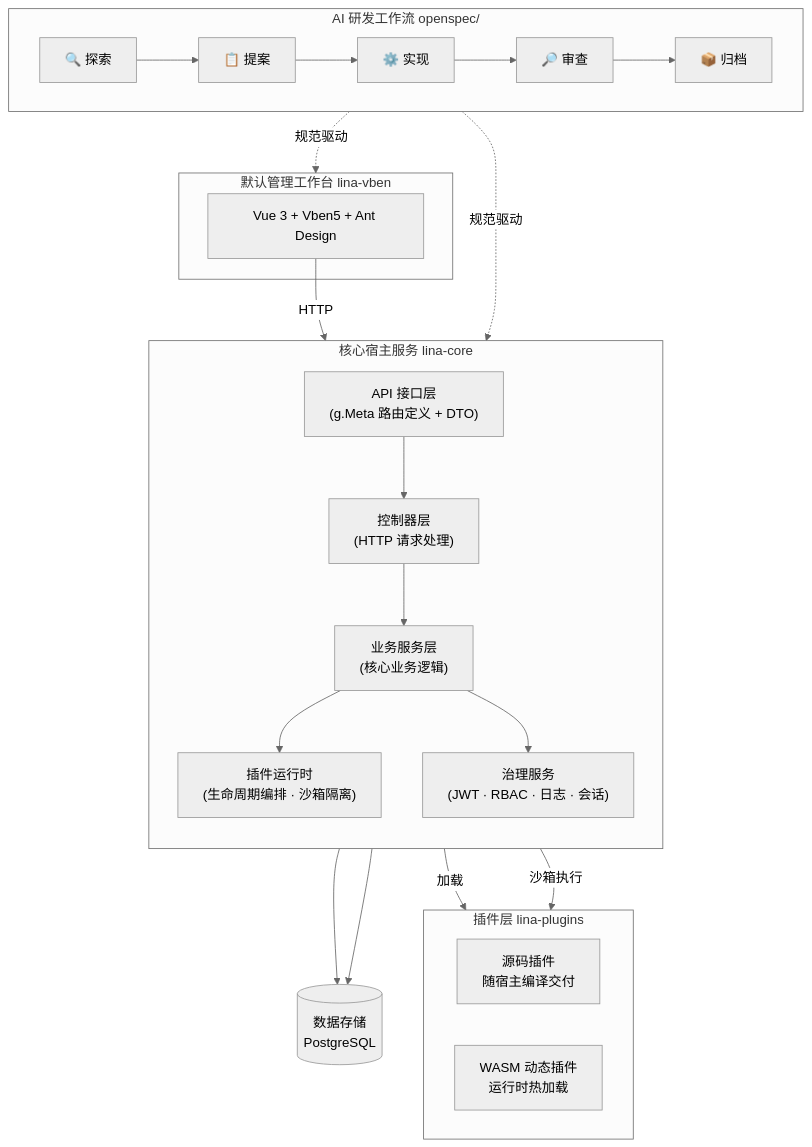
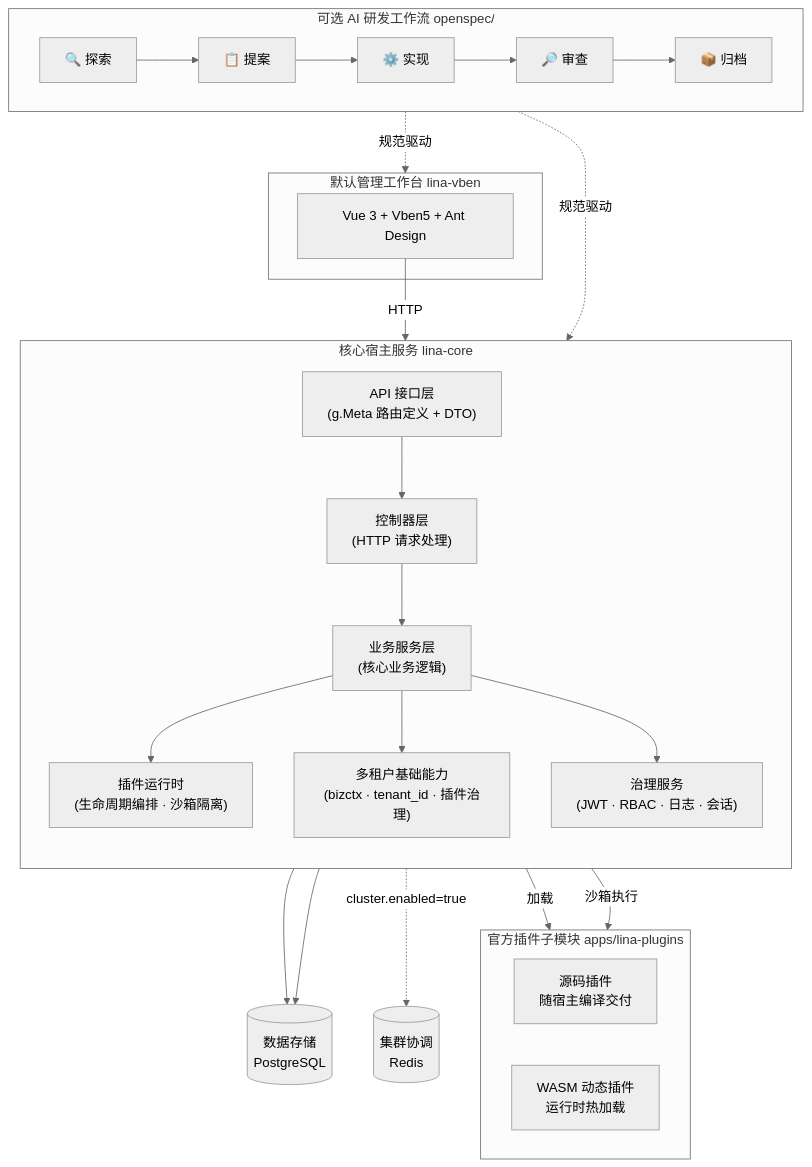
One commit to linaproai/linapro-site changed the first of 4 diagrams in apps/lina-site/docs/docs/2000-architecture/2000-architecture.md. Above: the diagram before and after it, drawn with Mermaid (neutral theme). The commit also changed other lines of this file and 22 other files, not shown here.

````diff
--- a/apps/lina-site/docs/docs/2000-architecture/2000-architecture.md
+++ b/apps/lina-site/docs/docs/2000-architecture/2000-architecture.md
@@ -32,39 +35,43 @@
 ```mermaid
 graph TB
-    subgraph Workflow["AI 研发工作流  openspec/"]
+    subgraph Workflow["可选 AI 研发工作流  openspec/"]
         direction LR
         Explore["🔍 探索"] --> Propose["📋 提案"] --> Implement["⚙️ 实现"] --> Review["🔎 审查"] --> Archive["📦 归档"]
     end
 
     subgraph Frontend["默认管理工作台  lina-vben"]
         UI["Vue 3 + Vben5 + Ant Design"]
     end
 
     subgraph Host["核心宿主服务  lina-core"]
         direction TB
         API["API 接口层\n(g.Meta 路由定义 + DTO)"]
         Ctrl["控制器层\n(HTTP 请求处理)"]
         Svc["业务服务层\n(核心业务逻辑)"]
         Plugin["插件运行时\n(生命周期编排 · 沙箱隔离)"]
+        Tenant["多租户基础能力\n(bizctx · tenant_id · 插件治理)"]
         Gov["治理服务\n(JWT · RBAC · 日志 · 会话)"]
         API --> Ctrl --> Svc
         Svc --> Plugin
+        Svc --> Tenant
         Svc --> Gov
     end
 
-    subgraph Plugins["插件层  lina-plugins"]
+    subgraph Plugins["官方插件子模块  apps/lina-plugins"]
         direction LR
         Source["源码插件\n随宿主编译交付"]
         Dynamic["WASM 动态插件\n运行时热加载"]
     end
 
     DB[("数据存储\nPostgreSQL")]
+    Redis[("集群协调\nRedis")]
 
     Workflow -.->|规范驱动| Frontend
     Workflow -.->|规范驱动| Host
     UI -->|HTTP| API
     Plugin -->|加载| Source
     Plugin -->|沙箱执行| Dynamic
     Svc --> DB
     Gov --> DB
+    Svc -.->|cluster.enabled=true| Redis
 ```
````
